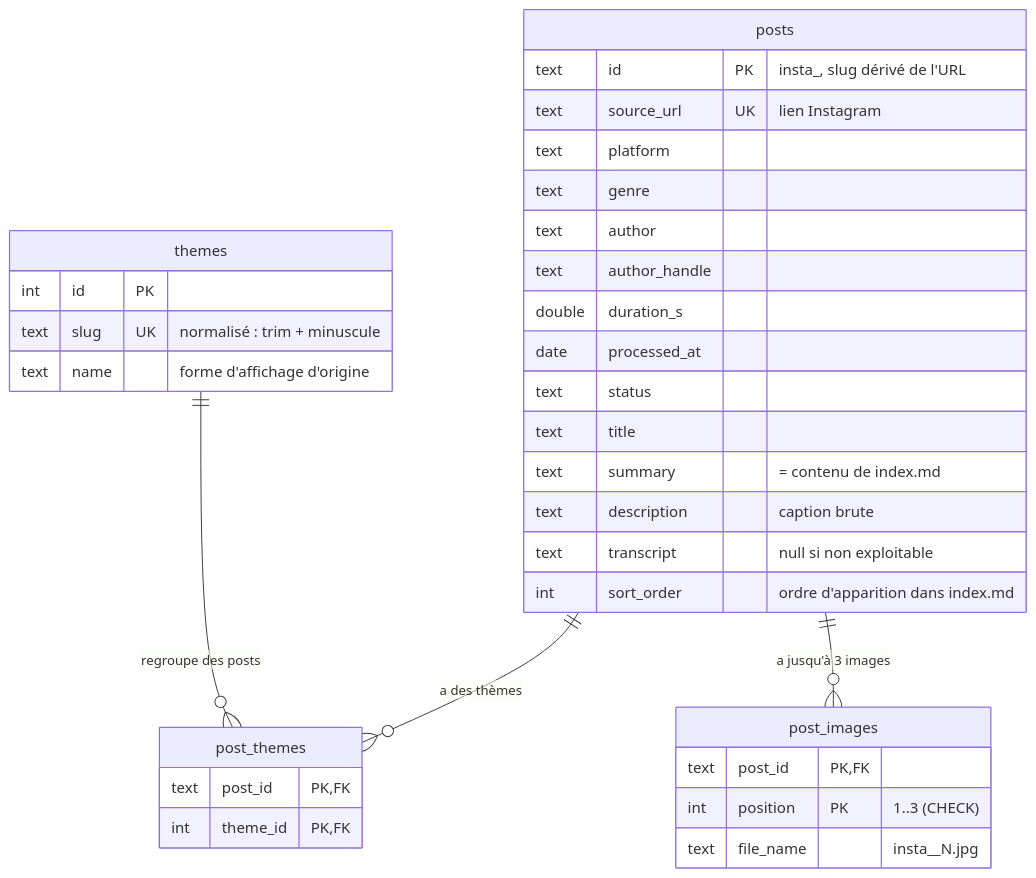
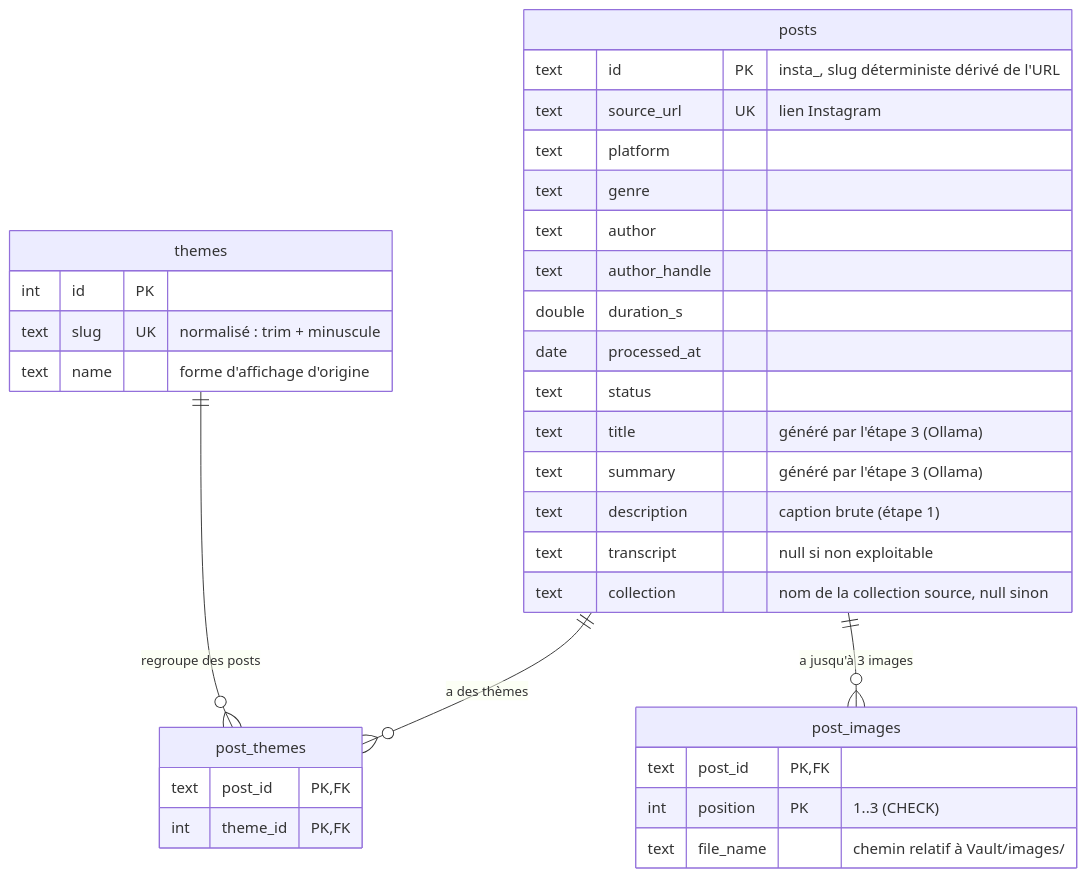
Before and after one commit to VySellathurai/better-insta-collection: the third of 3 diagrams in schema.md, drawn with Mermaid. The commit also changed other lines of this file and 45 other files, not shown here.

````diff
--- a/schema.md
+++ b/schema.md
@@ -186,40 +179,40 @@
 ```mermaid
 erDiagram
     posts ||--o{ post_themes : "a des thèmes"
     themes ||--o{ post_themes : "regroupe des posts"
     posts ||--o{ post_images : "a jusqu'à 3 images"
 
     posts {
-        text id PK "insta_<ID>, slug dérivé de l'URL"
+        text id PK "insta_<ID>, slug déterministe dérivé de l'URL"
         text source_url UK "lien Instagram"
         text platform
         text genre
         text author
         text author_handle
         double duration_s
         date processed_at
         text status
-        text title
-        text summary "= contenu de index.md"
-        text description "caption brute"
+        text title "généré par l'étape 3 (Ollama)"
+        text summary "généré par l'étape 3 (Ollama)"
+        text description "caption brute (étape 1)"
         text transcript "null si non exploitable"
-        int sort_order "ordre d'apparition dans index.md"
+        text collection "nom de la collection source, null sinon"
     }
 
     themes {
         int id PK
         text slug UK "normalisé : trim + minuscule"
         text name "forme d'affichage d'origine"
     }
 
     post_themes {
         text post_id PK,FK
         int theme_id PK,FK
     }
 
     post_images {
         text post_id PK,FK
         int position PK "1..3 (CHECK)"
-        text file_name "insta_<ID>_N.jpg"
+        text file_name "chemin relatif à Vault/images/"
     }
 ```
````
